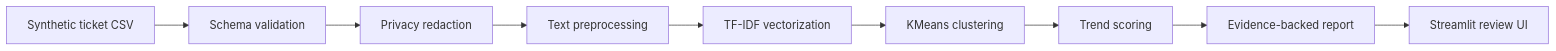
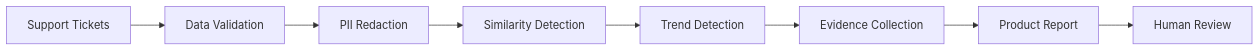
One commit to Yufereva/ai-support-trends-detection changed the diagram in README.md. Above: the diagram before and after it, drawn with Mermaid. The commit also changed other lines of this file and 7 other files, not shown here.

````diff
--- a/README.md
+++ b/README.md
@@ -66,11 +72,10 @@
 ```mermaid
 flowchart LR
-    A["Synthetic ticket CSV"] --> B["Schema validation"]
-    B --> C["Privacy redaction"]
-    C --> D["Text preprocessing"]
-    D --> E["TF-IDF vectorization"]
-    E --> F["KMeans clustering"]
-    F --> G["Trend scoring"]
-    G --> H["Evidence-backed report"]
-    H --> I["Streamlit review UI"]
+    A[Support Tickets] --> B[Data Validation]
+    B --> C[PII Redaction]
+    C --> D[Similarity Detection]
+    D --> E[Trend Detection]
+    E --> F[Evidence Collection]
+    F --> G[Product Report]
+    G --> H[Human Review]
 ```
````
